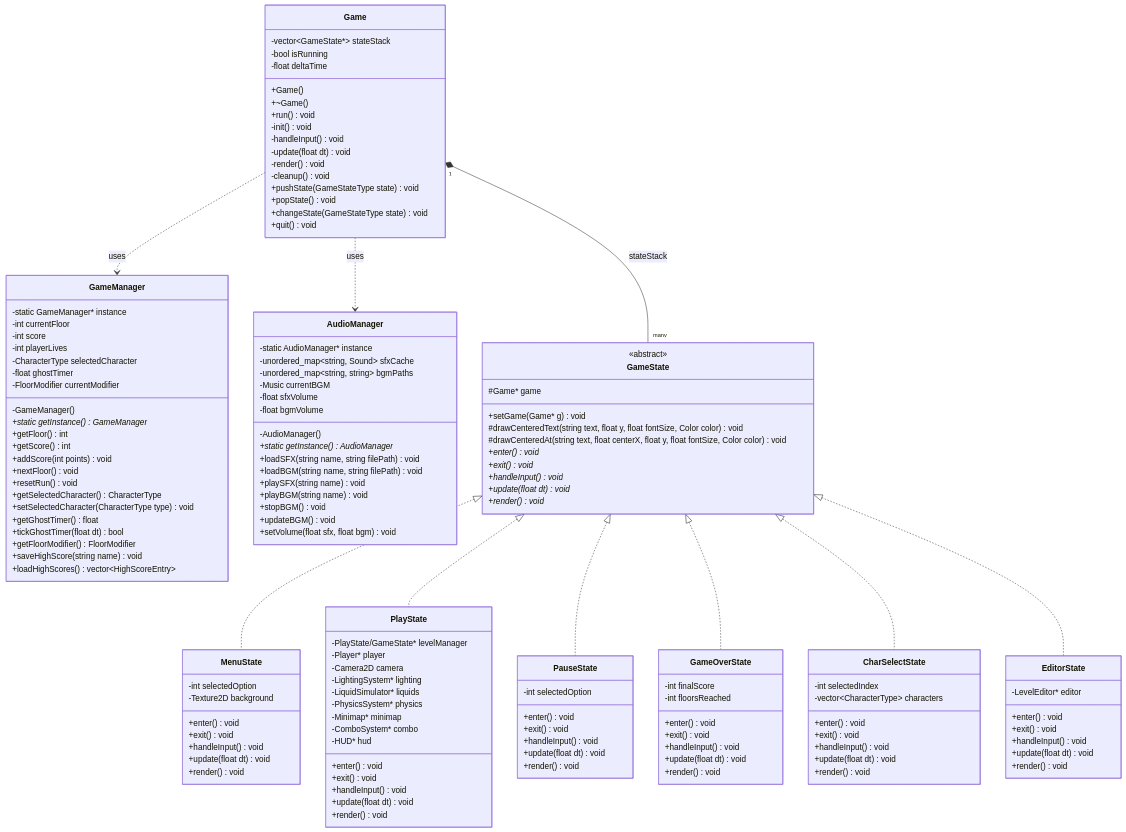
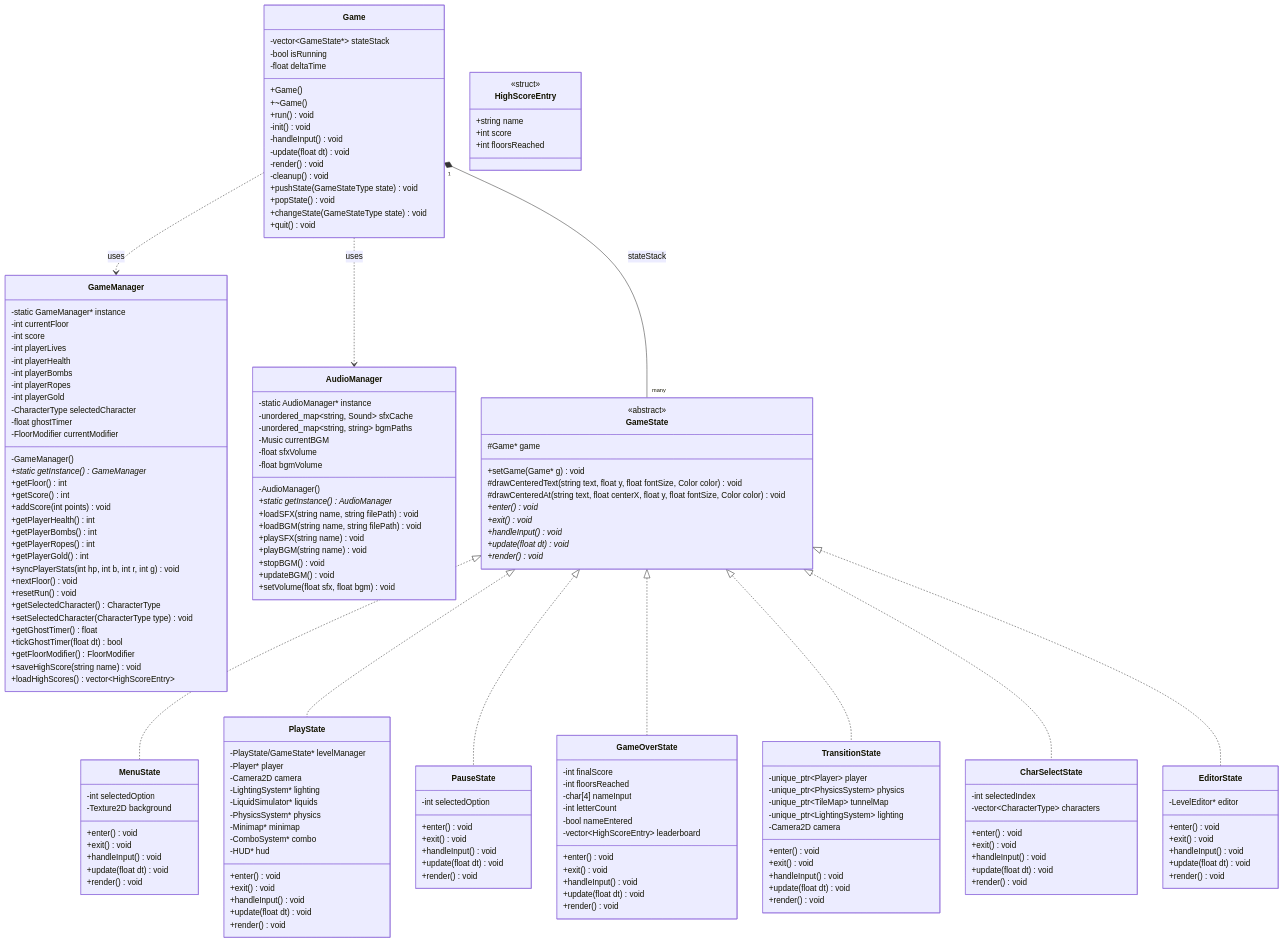
One commit to Gasmask-Chan/CS202-Cavern-Descent changed the first of 8 diagrams in project_plan.md. Above: the diagram before and after it, drawn with Mermaid. The commit also changed 6 other files, not shown here.

Commit message:
Implement TransitionState, stat persistence, and GameState smart pointers

```diff
--- a/project_plan.md
+++ b/project_plan.md
@@ -331,6 +331,10 @@
         -int currentFloor
         -int score
         -int playerLives
+        -int playerHealth
+        -int playerBombs
+        -int playerRopes
+        -int playerGold
         -CharacterType selectedCharacter
         -float ghostTimer
         -FloorModifier currentModifier
@@ -339,6 +343,11 @@
         +getFloor() int
         +getScore() int
         +addScore(int points) void
+        +getPlayerHealth() int
+        +getPlayerBombs() int
+        +getPlayerRopes() int
+        +getPlayerGold() int
+        +syncPlayerStats(int hp, int b, int r, int g) void
         +nextFloor() void
         +resetRun() void
         +getSelectedCharacter() CharacterType
@@ -348,6 +357,13 @@
         +getFloorModifier() FloorModifier
         +saveHighScore(string name) void
         +loadHighScores() vector~HighScoreEntry~
+    }
+
+    class HighScoreEntry {
+        <<struct>>
+        +string name
+        +int score
+        +int floorsReached
     }
 
     class AudioManager {
@@ -420,6 +436,23 @@
     class GameOverState {
         -int finalScore
         -int floorsReached
+        -char[4] nameInput
+        -int letterCount
+        -bool nameEntered
+        -vector~HighScoreEntry~ leaderboard
+        +enter() void
+        +exit() void
+        +handleInput() void
+        +update(float dt) void
+        +render() void
+    }
+
+    class TransitionState {
+        -unique_ptr~Player~ player
+        -unique_ptr~PhysicsSystem~ physics
+        -unique_ptr~TileMap~ tunnelMap
+        -unique_ptr~LightingSystem~ lighting
+        -Camera2D camera
         +enter() void
         +exit() void
         +handleInput() void
@@ -451,6 +484,7 @@
     GameState <|.. PlayState
     GameState <|.. PauseState
     GameState <|.. GameOverState
+    GameState <|.. TransitionState
     GameState <|.. CharSelectState
     GameState <|.. EditorState
     Game ..> GameManager : uses
```
